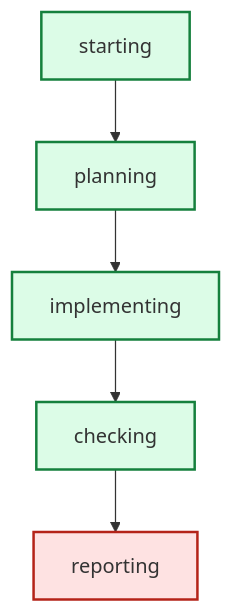
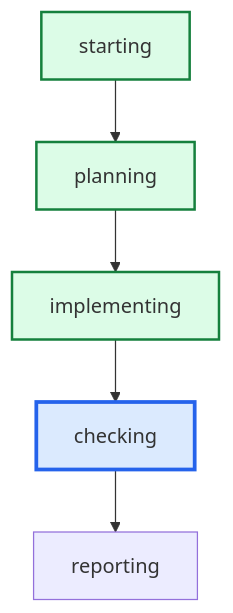
One commit to daniell0gda/hermes-feature-check-dashboard changed the diagram in latest/graph.mmd. Above: the diagram before and after it, drawn with Mermaid. The commit also changed 25 other files, not shown here.

```diff
--- a/latest/graph.mmd
+++ b/latest/graph.mmd
@@ -1,14 +1,13 @@
 graph TD
     starting --> planning
     planning --> implementing
     implementing --> checking
     checking --> reporting
 
 classDef done fill:#dcfce7,stroke:#15803d,stroke-width:2px;
 classDef active fill:#dbeafe,stroke:#2563eb,stroke-width:3px;
 classDef failed fill:#fee2e2,stroke:#b42318,stroke-width:2px;
-class checking done;
+class checking active;
+class implementing done;
 class planning done;
-class implementing done;
 class starting done;
-class reporting failed;
```
